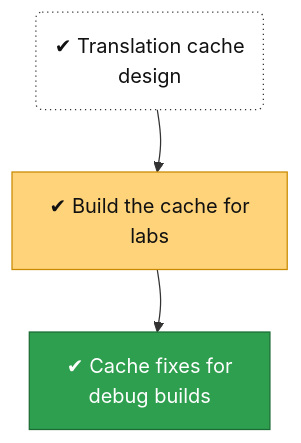
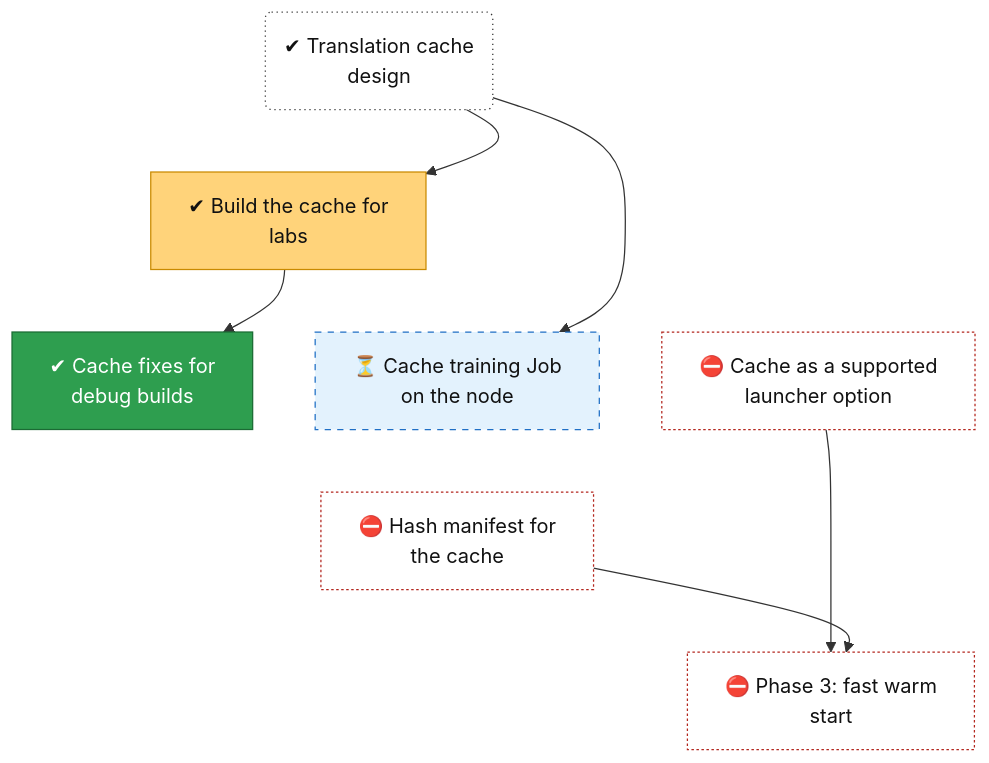
The diagram in docs/roadmap/tracks/cache.md (lhns/v3compat), drawn with Mermaid before and after one commit. The commit also changed other lines of this file and 10 other files, not shown here.

First line of the commit message:
Roadmap: phase gates, forward work and an overview spine

````diff
--- a/docs/roadmap/tracks/cache.md
+++ b/docs/roadmap/tracks/cache.md
@@ -10,27 +10,42 @@
 ```mermaid
 flowchart TB
     cache_design("✔ Translation cache<br/>design")
     cache_phase2["✔ Build the cache for<br/>labs"]
     cache_debug_fix["✔ Cache fixes for<br/>debug builds"]
+    cache_training_job["⏳ Cache training Job<br/>on the node"]
+    cache_supported_option["⛔ Cache as a supported<br/>launcher option"]
+    cache_integrity["⛔ Hash manifest for<br/>the cache"]
+    cache_phase3_gate["⛔ Phase 3: fast warm<br/>start"]
     cache_design ~~~ cache_phase2
     cache_phase2 ~~~ cache_debug_fix
+    cache_phase2 ~~~ cache_training_job
+    cache_phase2 ~~~ cache_supported_option
+    cache_debug_fix ~~~ cache_integrity
+    cache_training_job ~~~ cache_integrity
+    cache_supported_option ~~~ cache_integrity
+    cache_integrity ~~~ cache_phase3_gate
     cache_design --> cache_phase2
     cache_phase2 --> cache_debug_fix
+    cache_design --> cache_training_job
+    cache_supported_option --> cache_phase3_gate
+    cache_integrity --> cache_phase3_gate
     classDef vsucc fill:#2e9e4f,stroke:#1b6b34,color:#fff
     classDef succ fill:#bfe8c8,stroke:#2e9e4f,color:#111
     classDef mixed fill:#ffd37a,stroke:#c98a00,color:#111
     classDef bad fill:#f28b82,stroke:#b3261e,color:#111
     classDef dead fill:#e6e6e6,stroke:#777,stroke-dasharray:5 5,color:#555
     classDef inprog fill:#a8cdf5,stroke:#1f6fc5,color:#111
     classDef next fill:#fff,stroke:#333,color:#111
     classDef blocked fill:#fff,stroke:#b3261e,stroke-dasharray:2 2,color:#111
     classDef parked fill:#f3f3f3,stroke:#999,color:#555
     classDef unrated fill:#fff,stroke:#333,stroke-dasharray:1 3,color:#111
     classDef gate fill:#d9c2f0,stroke:#7b3fb5,color:#111
     classDef decided fill:#ece0f7,stroke:#7b3fb5,stroke-dasharray:2 2,color:#111
     classDef finding fill:#ffe0b2,stroke:#d84315,stroke-width:2px,color:#111
     classDef waiting fill:#e3f2fd,stroke:#1f6fc5,stroke-dasharray:5 5,color:#111
     class cache_design unrated
     class cache_phase2 mixed
     class cache_debug_fix vsucc
+    class cache_training_job waiting
+    class cache_supported_option,cache_integrity,cache_phase3_gate blocked
 ```
````
